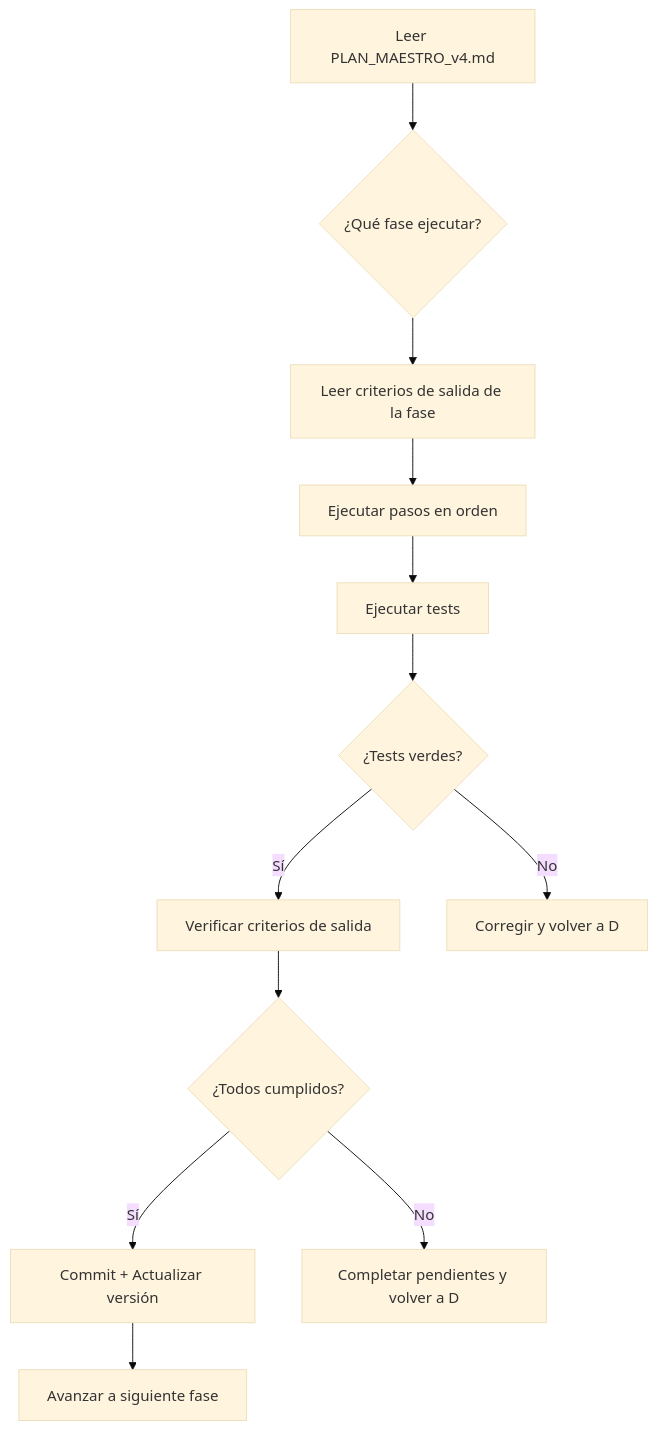
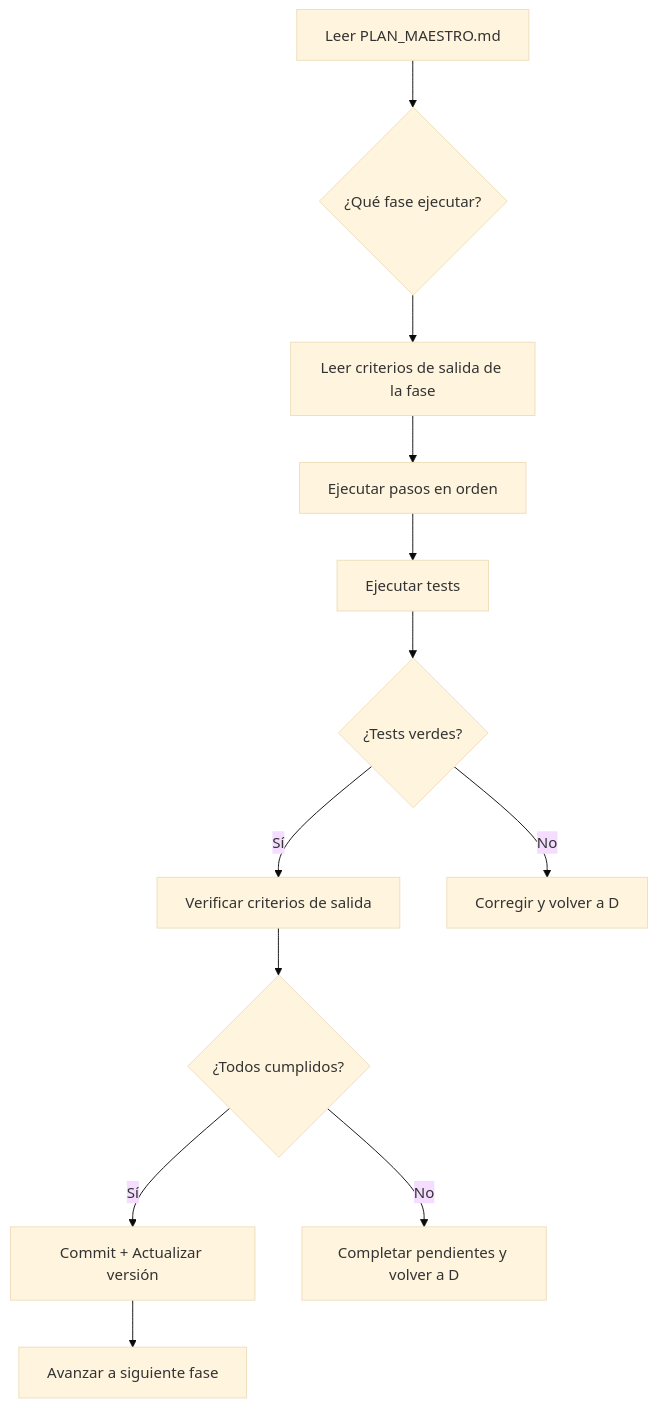
Before and after one commit to julljoll/JullEditor: the diagram in .agents/skills/project-optimization/SKILL.md, drawn with Mermaid (base theme). The commit also changed other lines of this file and 5 other files, not shown here.

Commit message:
docs(agents): consolidate all historical plans into single .agents/PLAN_MAESTRO.md

````diff
--- a/.agents/skills/project-optimization/SKILL.md
+++ b/.agents/skills/project-optimization/SKILL.md
@@ -66,14 +66,14 @@
 ```mermaid
 flowchart TD
-    A[Leer PLAN_MAESTRO_v4.md] --> B{¿Qué fase ejecutar?}
+    A[Leer PLAN_MAESTRO.md] --> B{¿Qué fase ejecutar?}
     B --> C[Leer criterios de salida de la fase]
     C --> D[Ejecutar pasos en orden]
     D --> E[Ejecutar tests]
     E --> F{¿Tests verdes?}
     F -->|Sí| G[Verificar criterios de salida]
     F -->|No| H[Corregir y volver a D]
     G --> I{¿Todos cumplidos?}
     I -->|Sí| J[Commit + Actualizar versión]
     I -->|No| K[Completar pendientes y volver a D]
     J --> L[Avanzar a siguiente fase]
 ```
````
